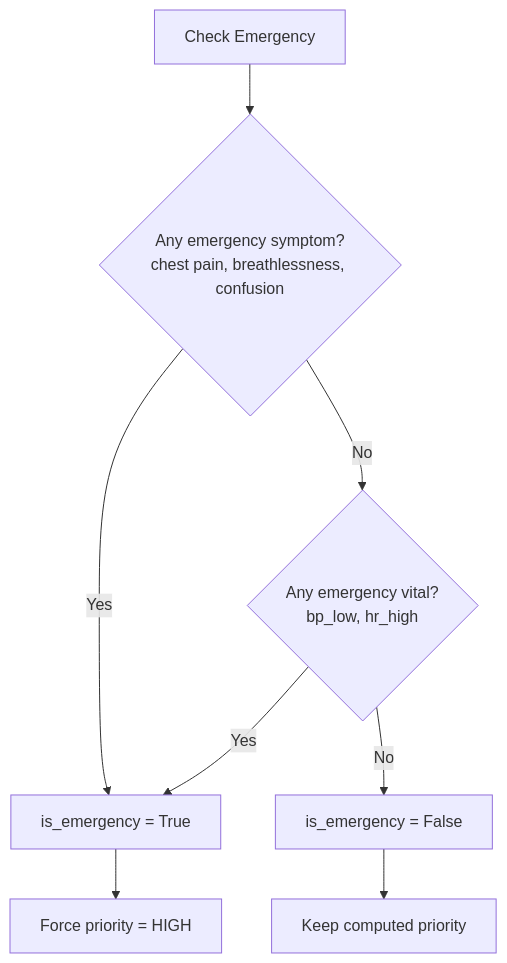
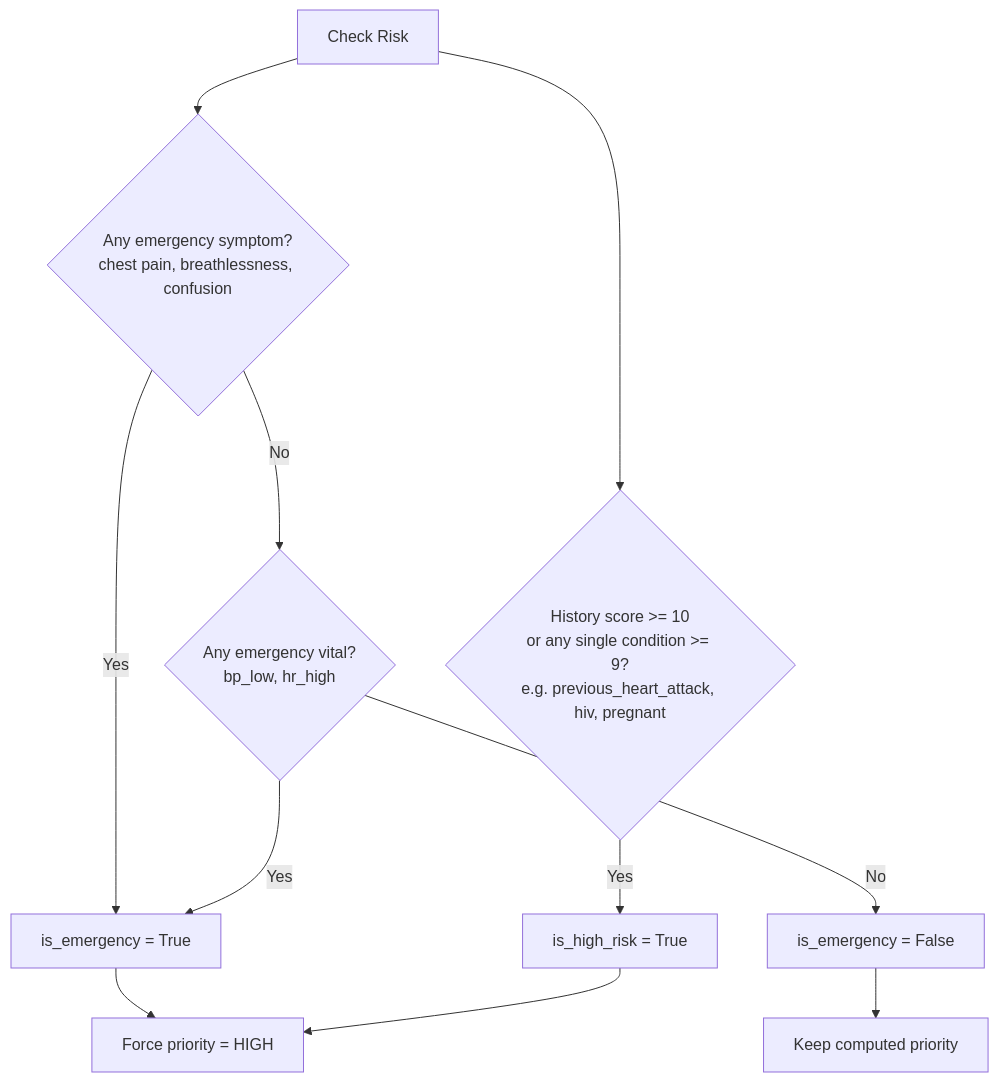
One commit to AyusmanNanda/patient-router changed the fourth of 6 diagrams in README.md. Above: the diagram before and after it, drawn with Mermaid. The commit also changed other lines of this file, not shown here.

````diff
--- a/README.md
+++ b/README.md
@@ -73,10 +82,13 @@
 ```mermaid
 flowchart TD
-    A[Check Emergency] --> B{Any emergency symptom?\nchest pain, breathlessness, confusion}
+    A[Check Risk] --> B{Any emergency symptom?\nchest pain, breathlessness, confusion}
     B -- Yes --> D[is_emergency = True]
     B -- No --> C{Any emergency vital?\nbp_low, hr_high}
     C -- Yes --> D
     C -- No --> E[is_emergency = False]
-    D --> F[Force priority = HIGH]
-    E --> G[Keep computed priority]
+    A --> F{History score >= 10\nor any single condition >= 9?\ne.g. previous_heart_attack, hiv, pregnant}
+    F -- Yes --> G[is_high_risk = True]
+    D --> H[Force priority = HIGH]
+    G --> H
+    E --> I[Keep computed priority]
 ```
````
